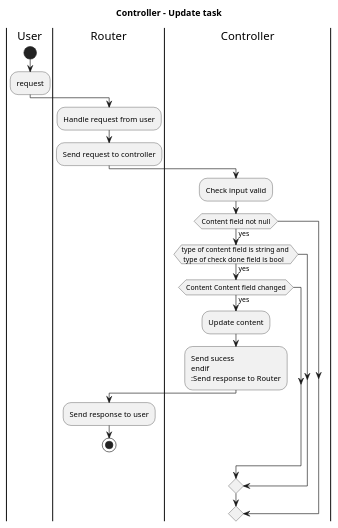
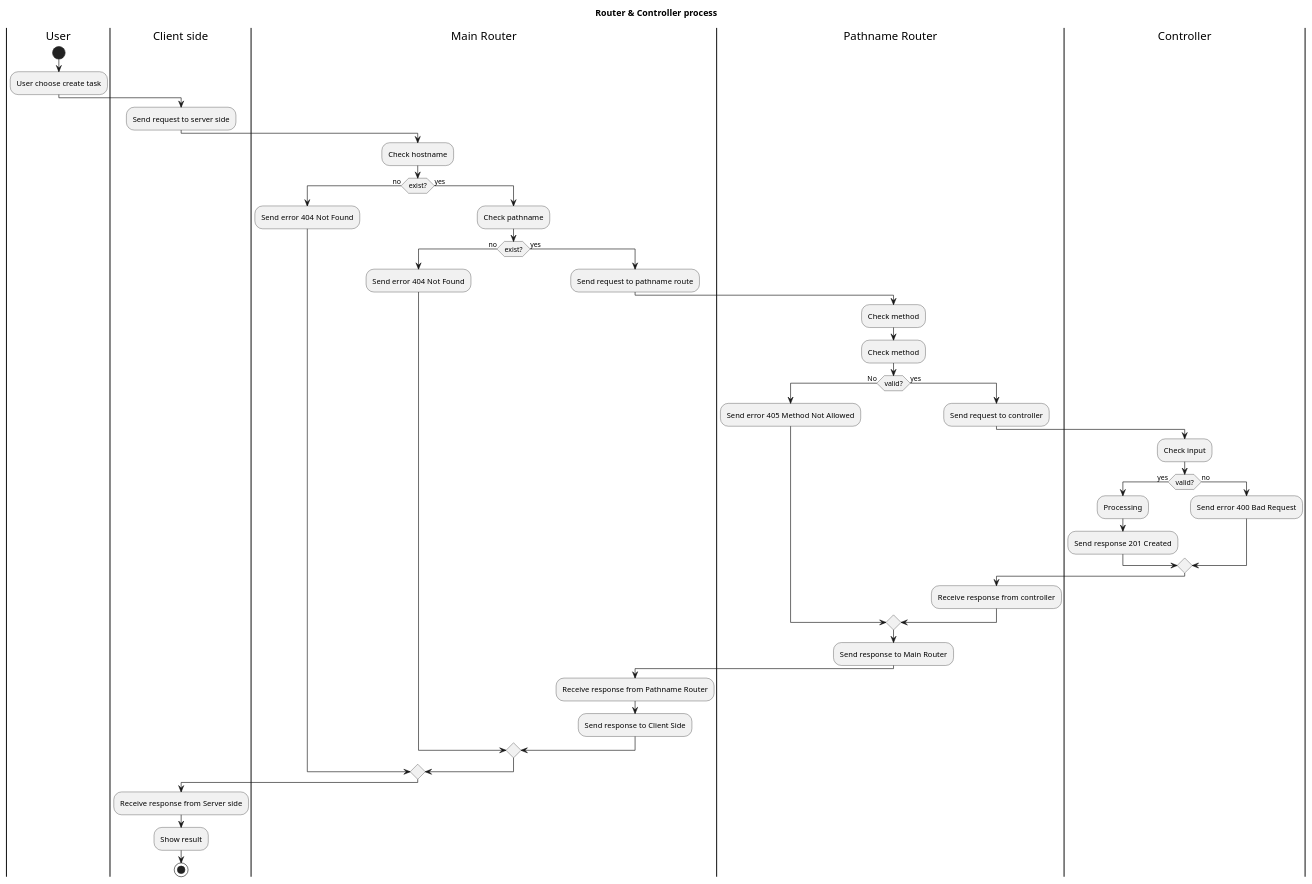
Before and after one commit to TuNguyen9962/todo-list-vanilla-js: the third of 3 diagrams in Activity Diagram/RouteActivityDiagram.puml, drawn with PlantUML. The commit also changed other lines of this file and 106 other files, not shown here.

```diff
--- a/Activity Diagram/RouteActivityDiagram.puml
+++ b/Activity Diagram/RouteActivityDiagram.puml
@@ -35,22 +109,48 @@
 @startuml "Activity diagram"
-title Controller - Update task
+title Router & Controller process
 |User|
 start
-:request;
-|Router|
-:Handle request from user;
-:Send request to controller;
-|Controller|
-:Check input valid;
-if (Content field not null) then (yes)
-    if(type of content field is string and \n type of check done field is bool) then (yes)
-        if(Content Content field changed) then (yes)
-        :Update content;
-        :Send sucess
-endif
-:Send response to Router;
-|Router|
-:Send response to user;
+:User choose create task;
+|Client side|
+:Send request to server side;
+|Main Router|
+:Check hostname;
+if (exist?) then (no)
+    |Main Router|
+    :Send error 404 Not Found;
+else (yes)
+    |Main Router|
+    :Check pathname;
+    if (exist?) then (no)
+        :Send error 404 Not Found;
+    else (yes)
+        :Send request to pathname route;
+        |Pathname Router|
+        :Check method;
+        :Check method;
+        if (valid?) then (No)
+            :Send error 405 Method Not Allowed;
+        else (yes)
+            :Send request to controller;
+            |Controller|
+            :Check input;
+        if (valid?) then (yes)
+            :Processing;
+            :Send response 201 Created;
+        else (no)
+            :Send error 400 Bad Request;
+        endif
+    |Pathname Router|
+    :Receive response from controller;
+    endif
+    :Send response to Main Router;
+    |Main Router|
+    :Receive response from Pathname Router;
+    :Send response to Client Side;
+    endif
+endif  
+|Client side|
+    :Receive response from Server side;
+    :Show result;
 stop
-
 @enduml
```
